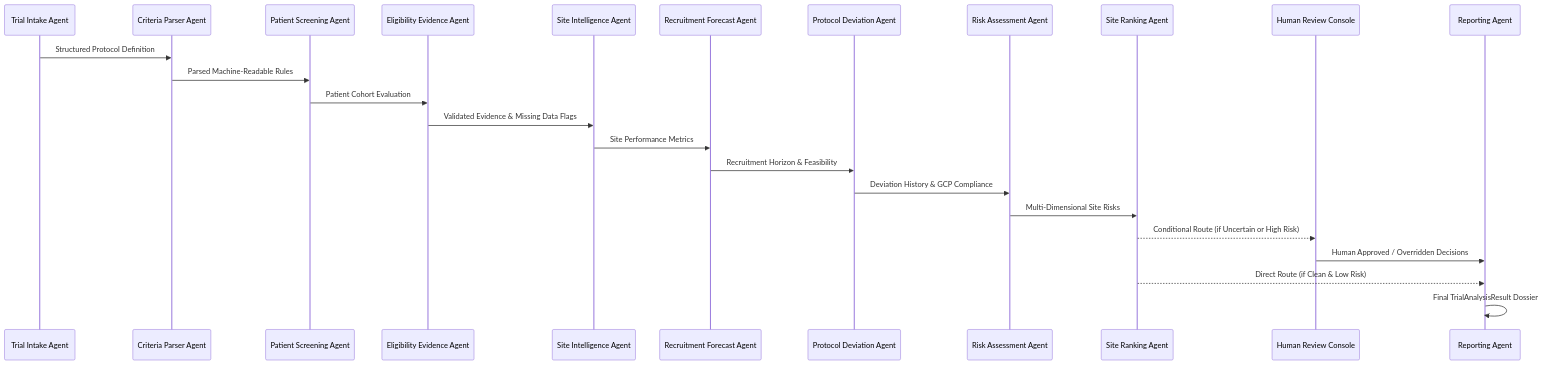
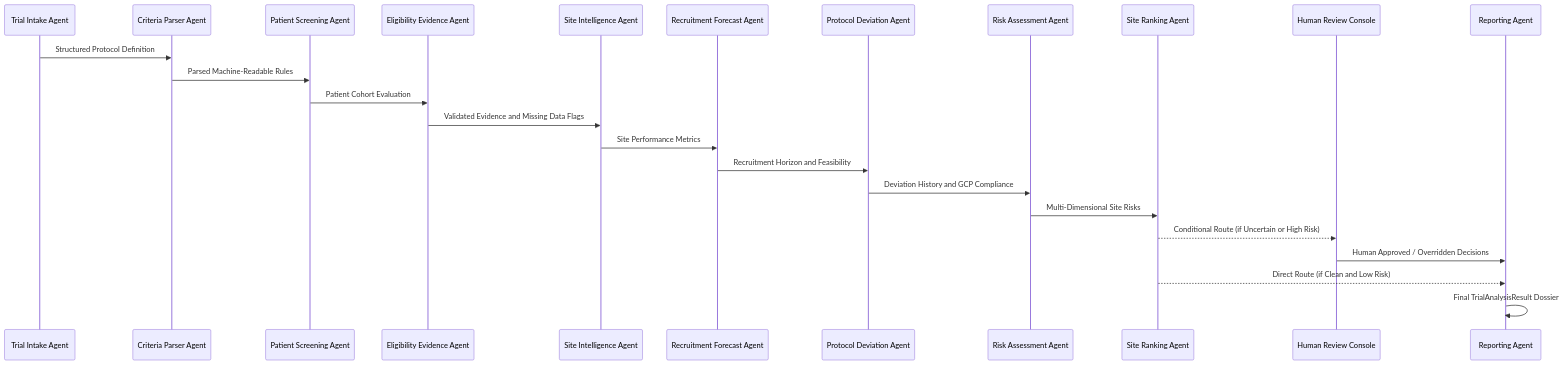
The second of 2 diagrams in README.md (Venkat-Padimi/ClinicalDrugTrails), drawn with Mermaid before and after one commit. The commit also changed other lines of this file and 3 other files, not shown here.

Commit message:
fix: resolve Mermaid diagram rendering in README

````diff
--- a/README.md
+++ b/README.md
@@ -129,27 +129,27 @@
 ```mermaid
 sequenceDiagram
     participant TI as Trial Intake Agent
     participant CP as Criteria Parser Agent
     participant PS as Patient Screening Agent
     participant EE as Eligibility Evidence Agent
     participant SI as Site Intelligence Agent
     participant RF as Recruitment Forecast Agent
     participant PD as Protocol Deviation Agent
     participant RA as Risk Assessment Agent
     participant SR as Site Ranking Agent
     participant HR as Human Review Console
     participant RP as Reporting Agent
 
     TI->>CP: Structured Protocol Definition
     CP->>PS: Parsed Machine-Readable Rules
     PS->>EE: Patient Cohort Evaluation
-    EE->>SI: Validated Evidence & Missing Data Flags
+    EE->>SI: Validated Evidence and Missing Data Flags
     SI->>RF: Site Performance Metrics
-    RF->>PD: Recruitment Horizon & Feasibility
-    PD->>RA: Deviation History & GCP Compliance
+    RF->>PD: Recruitment Horizon and Feasibility
+    PD->>RA: Deviation History and GCP Compliance
     RA->>SR: Multi-Dimensional Site Risks
     SR-->>HR: Conditional Route (if Uncertain or High Risk)
     HR->>RP: Human Approved / Overridden Decisions
-    SR-->>RP: Direct Route (if Clean & Low Risk)
+    SR-->>RP: Direct Route (if Clean and Low Risk)
     RP->>RP: Final TrialAnalysisResult Dossier
 ```
````
